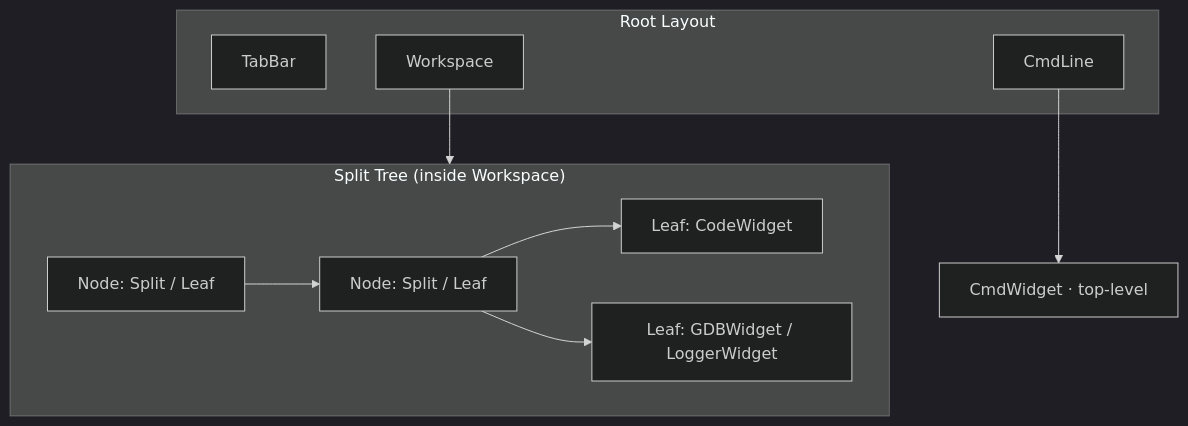
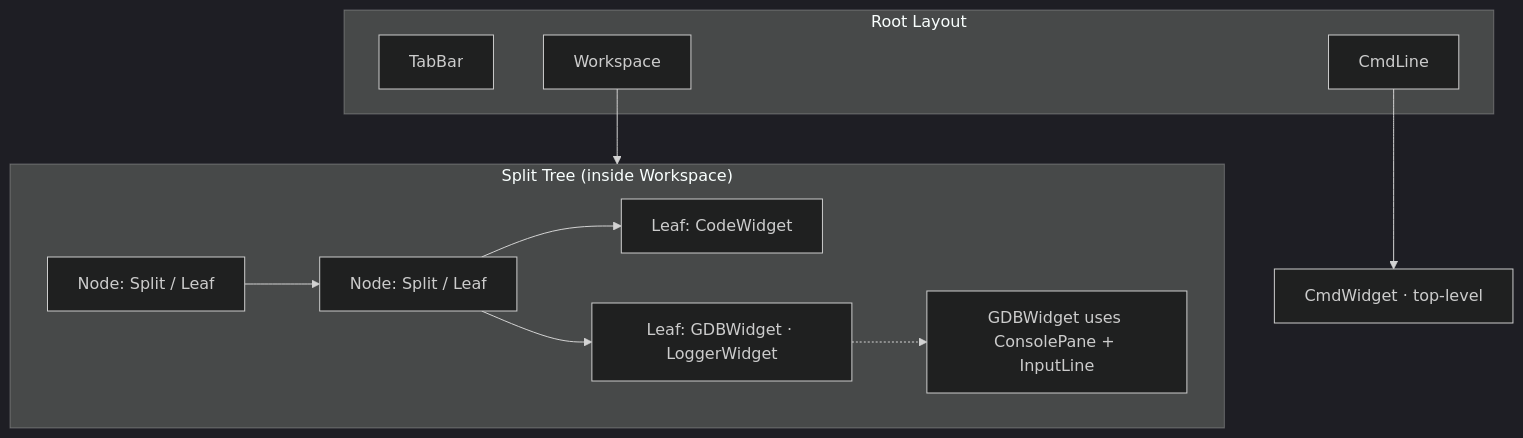
Before and after one commit to yairgd/gdbforge: the diagram in docs/diagrams/widget_hierarchy.mermaid, drawn with Mermaid (dark theme). The commit also changed 13 other files, not shown here.

First line of the commit message:
Extract InputLine and ConsolePane; make GDBWidget a thin MI adapter.

```diff
--- a/docs/diagrams/widget_hierarchy.mermaid
+++ b/docs/diagrams/widget_hierarchy.mermaid
@@ -1,19 +1,21 @@
 flowchart TB
     subgraph Root["Root Layout"]
         TB["TabBar"]
         WS["Workspace"]
         CL["CmdLine"]
     end
 
     subgraph SplitTree["Split Tree (inside Workspace)"]
         N1["Node: Split / Leaf"]
         N2["Node: Split / Leaf"]
         N3["Leaf: CodeWidget"]
-        N4["Leaf: GDBWidget / LoggerWidget"]
+        N4["Leaf: GDBWidget · LoggerWidget"]
+        N5["GDBWidget uses ConsolePane + InputLine"]
     end
 
     WS --> SplitTree
     CL --> CmdWidget["CmdWidget · top-level"]
     N1 --> N2
     N2 --> N3
     N2 --> N4
+    N4 -.-> N5
```
